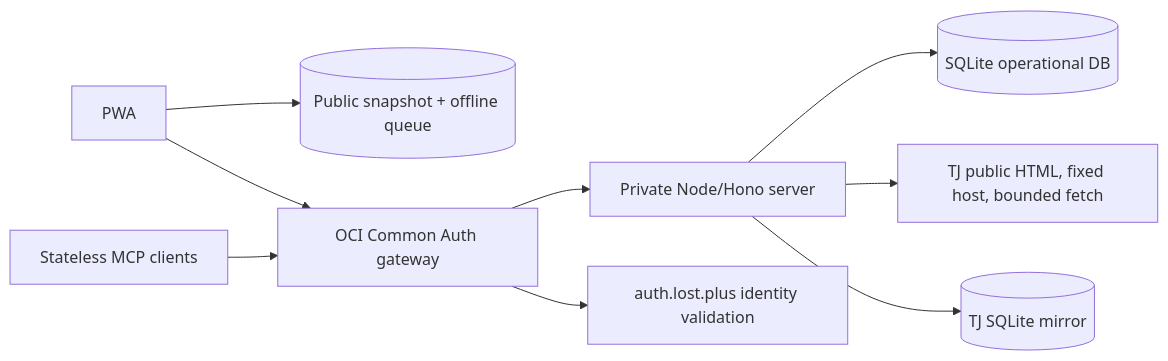
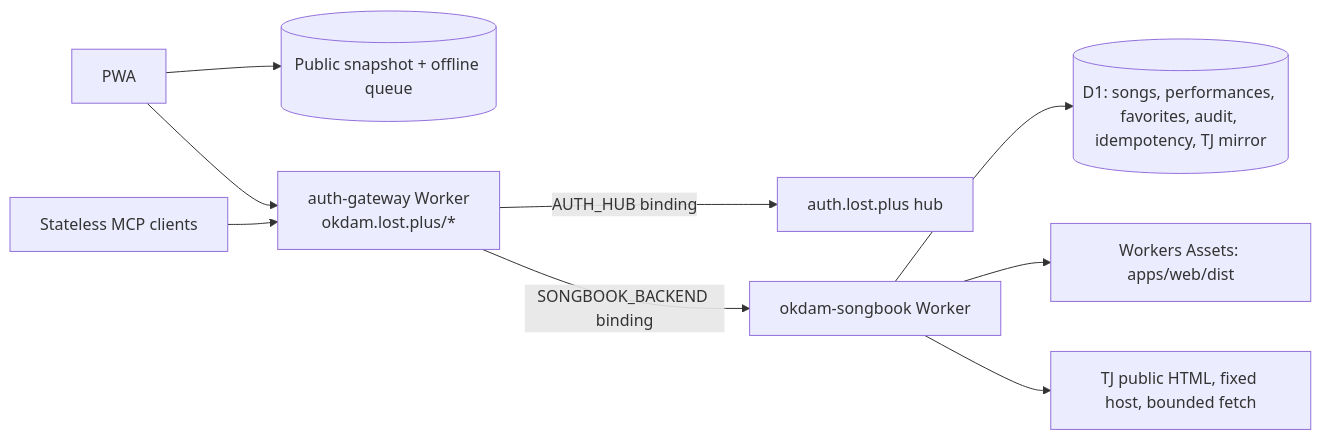
Before and after one commit to LPFchan/okdam-songbook: the diagram in docs/architecture.md, drawn with Mermaid. The commit also changed other lines of this file and 13 other files, not shown here.

````diff
--- a/docs/architecture.md
+++ b/docs/architecture.md
@@ -8,11 +8,11 @@
 ```mermaid
 flowchart LR
   Browser[PWA] --> IndexedDB[(Public snapshot + offline queue)]
-  Browser --> Gateway[OCI Common Auth gateway]
+  Browser --> Gateway[auth-gateway Worker\nokdam.lost.plus/*]
   MCP[Stateless MCP clients] --> Gateway
-  Gateway --> Node[Private Node/Hono server]
-  Node --> SQLite[(SQLite operational DB)]
-  Node --> TJ[TJ public HTML, fixed host, bounded fetch]
-  Node --> Mirror[(TJ SQLite mirror)]
-  Gateway --> Auth[auth.lost.plus identity validation]
+  Gateway -- AUTH_HUB binding --> Auth[auth.lost.plus hub]
+  Gateway -- SONGBOOK_BACKEND binding --> Worker[okdam-songbook Worker]
+  Worker --> D1[(D1: songs, performances, favorites, audit, idempotency, TJ mirror)]
+  Worker --> Assets[Workers Assets: apps/web/dist]
+  Worker --> TJ[TJ public HTML, fixed host, bounded fetch]
 ```
````
